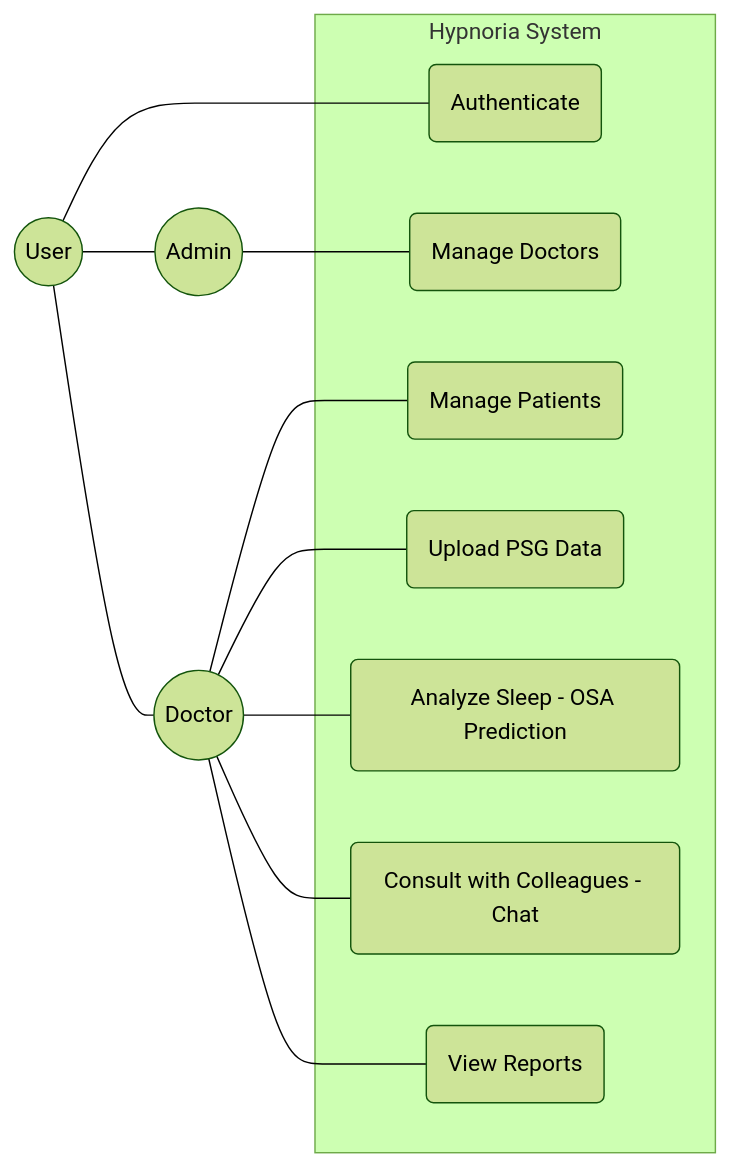
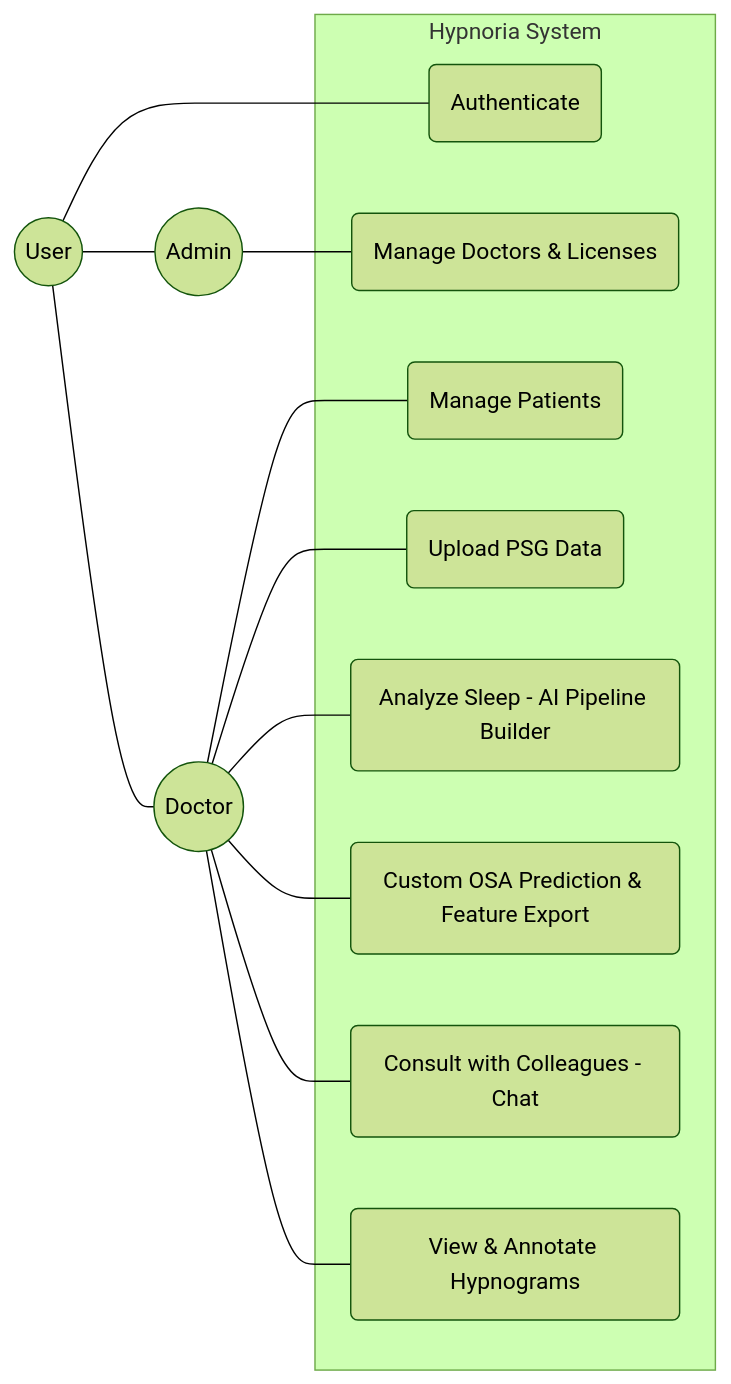
One commit to aymen-ftita/BioVant changed the diagram in conception/use_case_global.md. Above: the diagram before and after it, drawn with Mermaid (forest theme). The commit also changed 76 other files, not shown here.

````diff
--- a/conception/use_case_global.md
+++ b/conception/use_case_global.md
@@ -3,30 +3,32 @@
 ```mermaid
 graph LR
     %% Actors
     Admin((Admin))
     Doctor((Doctor))
     User((User))
 
     %% Relationships
     User --- Admin
     User --- Doctor
 
     subgraph Hypnoria_System [Hypnoria System]
         UC1(Authenticate)
-        UC2(Manage Doctors)
+        UC2(Manage Doctors & Licenses)
         UC3(Manage Patients)
         UC4(Upload PSG Data)
-        UC5(Analyze Sleep - OSA Prediction)
-        UC6(Consult with Colleagues - Chat)
-        UC7(View Reports)
+        UC5(Analyze Sleep - AI Pipeline Builder)
+        UC6(Custom OSA Prediction & Feature Export)
+        UC7(Consult with Colleagues - Chat)
+        UC8(View & Annotate Hypnograms)
     end
 
     %% Links
     User --- UC1
     Admin --- UC2
     Doctor --- UC3
     Doctor --- UC4
     Doctor --- UC5
     Doctor --- UC6
     Doctor --- UC7
+    Doctor --- UC8
 ```
````
